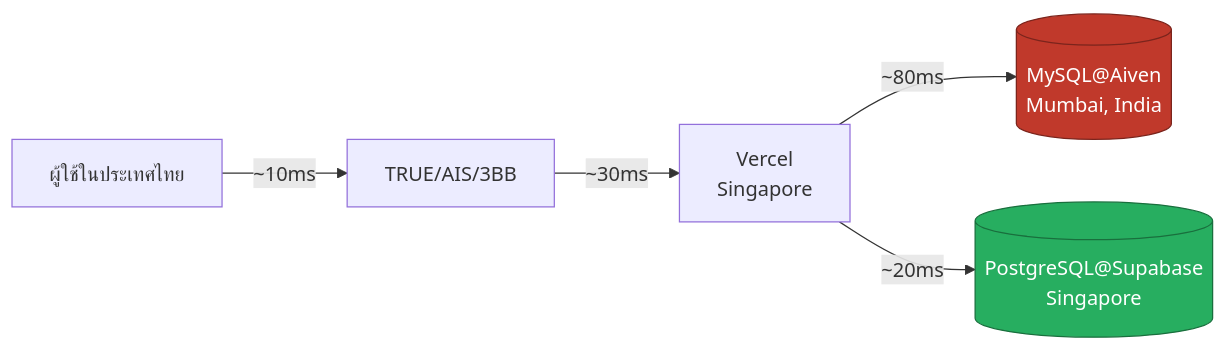
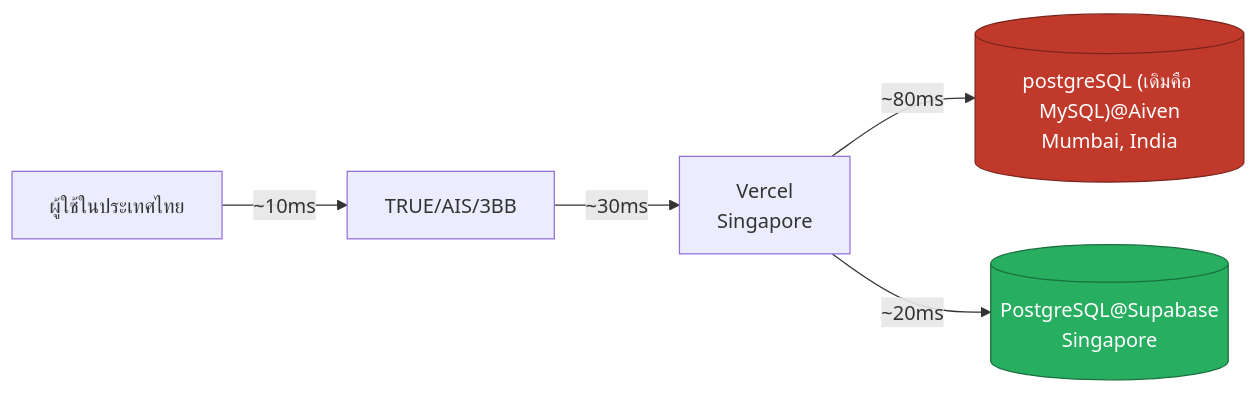
Diagram 31 of 46 in complete_system_manual_th.md (puripong1st/SmartAccess-Project), drawn with Mermaid before and after one commit. The commit also changed other lines of this file and 12 other files, not shown here.

Commit message:
feat: implement system status API, reorganize project documentation, and finalize PostgreSQL migration cleanup

````diff
--- a/complete_system_manual_th.md
+++ b/complete_system_manual_th.md
@@ -2951,10 +2951,10 @@
 ```mermaid
 flowchart LR
     User["ผู้ใช้ในประเทศไทย"] -->|"~10ms"| ISP["TRUE/AIS/3BB"]
     ISP -->|"~30ms"| VercelSG["Vercel<br/>Singapore"]
-    VercelSG -->|"~80ms"| Mumbai[("MySQL@Aiven<br/>Mumbai, India")]
+    VercelSG -->|"~80ms"| Mumbai[("postgreSQL (เดิมคือ MySQL)@Aiven<br/>Mumbai, India")]
     VercelSG -->|"~20ms"| SGDB[("PostgreSQL@Supabase<br/>Singapore")]
 
     style Mumbai fill:#c0392b,stroke:#7b241c,color:#ffffff
     style SGDB fill:#27ae60,stroke:#196f3d,color:#ffffff
 ```
````
